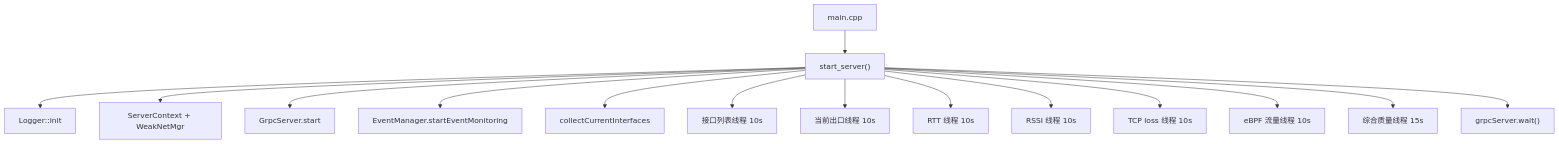
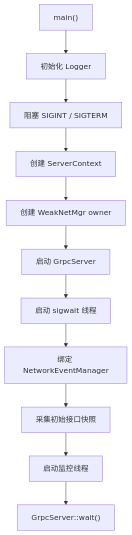
Before and after one commit to God1007/JaNet: the third of 15 diagrams in docs/network-diagnostics-engineering-architecture-review.md, drawn with Mermaid. The commit also changed other lines of this file and 44 other files, not shown here.

````diff
--- a/docs/network-diagnostics-engineering-architecture-review.md
+++ b/docs/network-diagnostics-engineering-architecture-review.md
@@ -332,17 +172,13 @@
 ```mermaid
 flowchart TB
-    Main["main.cpp"] --> Start["start_server()"]
-    Start --> Logger["Logger::init"]
-    Start --> Ctx["ServerContext + WeakNetMgr"]
-    Start --> Grpc["GrpcServer.start"]
-    Start --> EventMgr["EventManager.startEventMonitoring"]
-    Start --> InitIf["collectCurrentInterfaces"]
-    Start --> IfThread["接口列表线程 10s"]
-    Start --> UsingThread["当前出口线程 10s"]
-    Start --> RttThread["RTT 线程 10s"]
-    Start --> RssiThread["RSSI 线程 10s"]
-    Start --> TcpThread["TCP loss 线程 10s"]
-    Start --> TrafficThread["eBPF 流量线程 10s"]
-    Start --> QualityThread["综合质量线程 15s"]
-    Start --> Wait["grpcServer.wait()"]
+    Main["main()"] --> Log["初始化 Logger"]
+    Log --> Signal["阻塞 SIGINT / SIGTERM"]
+    Signal --> Context["创建 ServerContext"]
+    Context --> Manager["创建 WeakNetMgr owner"]
+    Manager --> Grpc["启动 GrpcServer"]
+    Grpc --> Waiter["启动 sigwait 线程"]
+    Waiter --> Event["绑定 NetworkEventManager"]
+    Event --> Baseline["采集初始接口快照"]
+    Baseline --> Workers["启动监控线程"]
+    Workers --> Wait["GrpcServer::wait()"]
 ```
````
